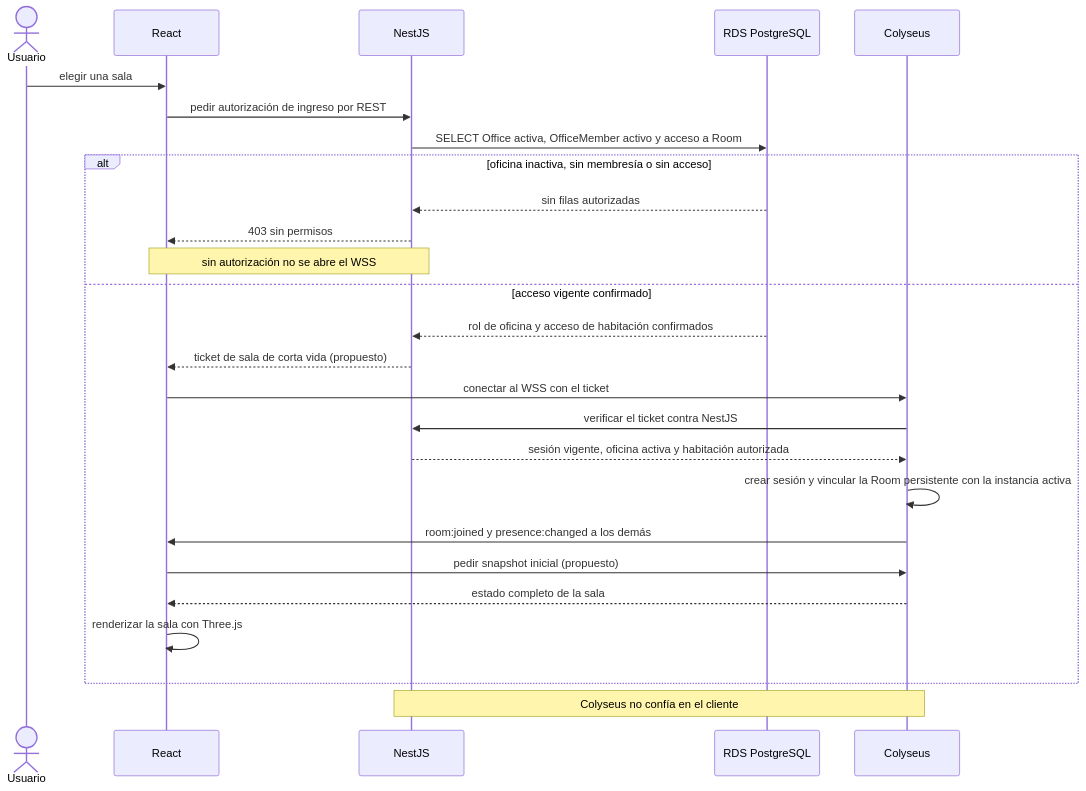
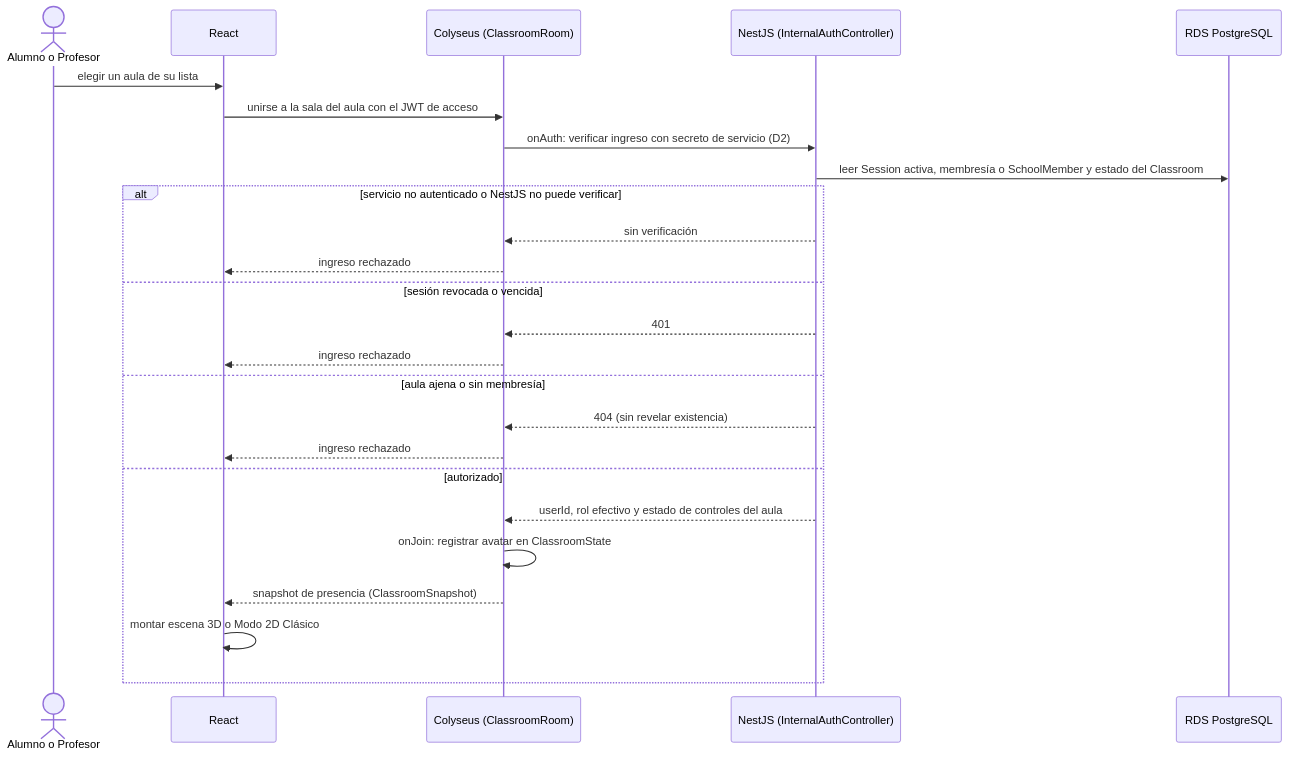
Before and after one commit to Agustin742/integratec-final-back: the second of 7 diagrams in docs/diagrams/04-behavioral/core-flows.md, drawn with Mermaid. The commit also changed other lines of this file and 4 other files, not shown here.

Commit message:
docs(diagrams): realign use cases and behavioral flows with the school niche model

````diff
--- a/docs/diagrams/04-behavioral/core-flows.md
+++ b/docs/diagrams/04-behavioral/core-flows.md
@@ -68,29 +72,28 @@
 ```mermaid
 sequenceDiagram
-    actor user as Usuario
+    actor user as Alumno o Profesor
     participant web as React
-    participant api as NestJS
+    participant colyseus as Colyseus (ClassroomRoom)
+    participant api as NestJS (InternalAuthController)
     participant db as RDS PostgreSQL
-    participant colyseus as Colyseus
 
-    user->>web: elegir una sala
-    web->>api: pedir autorización de ingreso por REST
-    api->>db: SELECT Office activa, OfficeMember activo y acceso a Room
-    alt oficina inactiva, sin membresía o sin acceso
-        db-->>api: sin filas autorizadas
-        api-->>web: 403 sin permisos
-        Note over web,api: sin autorización no se abre el WSS
-    else acceso vigente confirmado
-        db-->>api: rol de oficina y acceso de habitación confirmados
-        api-->>web: ticket de sala de corta vida (propuesto)
-        web->>colyseus: conectar al WSS con el ticket
-        colyseus->>api: verificar el ticket contra NestJS
-        api-->>colyseus: sesión vigente, oficina activa y habitación autorizada
-        colyseus->>colyseus: crear sesión y vincular la Room persistente con la instancia activa
-        colyseus->>web: room:joined y presence:changed a los demás
-        web->>colyseus: pedir snapshot inicial (propuesto)
-        colyseus-->>web: estado completo de la sala
-        web->>web: renderizar la sala con Three.js
+    user->>web: elegir un aula de su lista
+    web->>colyseus: unirse a la sala del aula con el JWT de acceso
+    colyseus->>api: onAuth: verificar ingreso con secreto de servicio (D2)
+    api->>db: leer Session activa, membresía o SchoolMember y estado del Classroom
+    alt servicio no autenticado o NestJS no puede verificar
+        api-->>colyseus: sin verificación
+        colyseus-->>web: ingreso rechazado
+    else sesión revocada o vencida
+        api-->>colyseus: 401
+        colyseus-->>web: ingreso rechazado
+    else aula ajena o sin membresía
+        api-->>colyseus: 404 (sin revelar existencia)
+        colyseus-->>web: ingreso rechazado
+    else autorizado
+        api-->>colyseus: userId, rol efectivo y estado de controles del aula
+        colyseus->>colyseus: onJoin: registrar avatar en ClassroomState
+        colyseus-->>web: snapshot de presencia (ClassroomSnapshot)
+        web->>web: montar escena 3D o Modo 2D Clásico
     end
-    Note over api,colyseus: Colyseus no confía en el cliente
 ```
````
